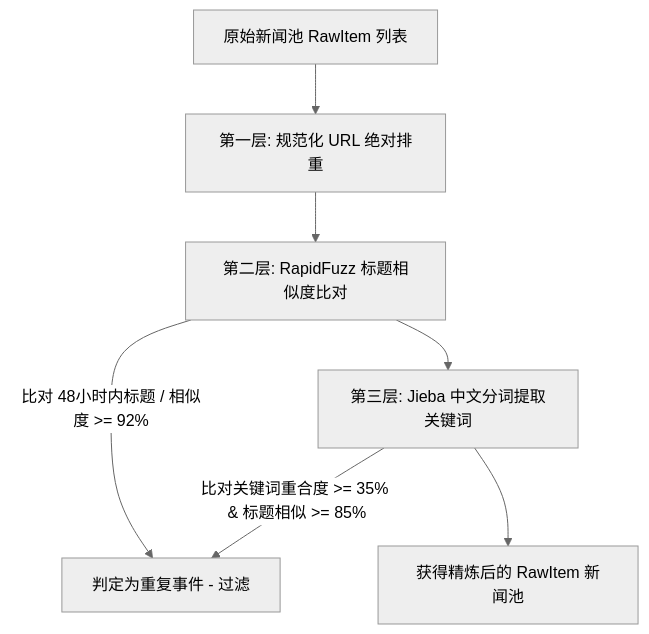
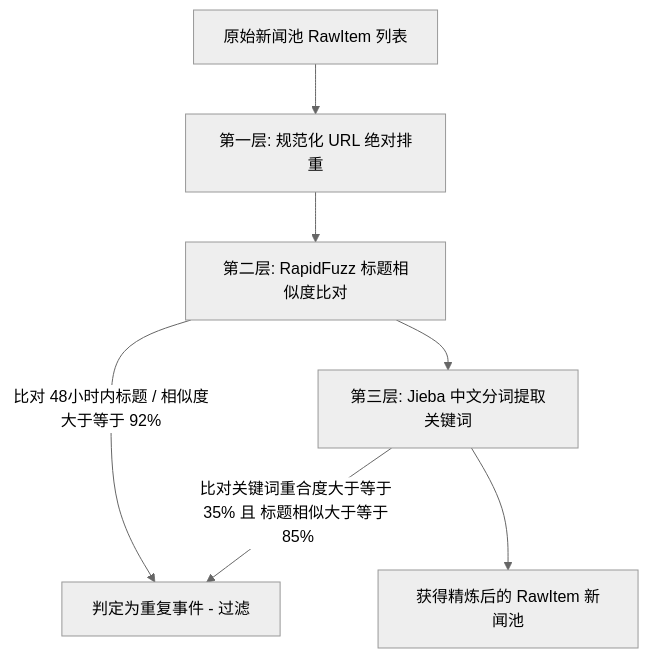
One commit to nicekai-jpg/ai-news-podcast changed the second of 5 diagrams in docs/pipeline_walkthrough.md. Above: the diagram before and after it, drawn with Mermaid (neutral theme). The commit also changed other lines of this file, not shown here.

Commit message:
fix: resolve Mermaid parser errors by escaping special characters in flowcharts

````diff
--- a/docs/pipeline_walkthrough.md
+++ b/docs/pipeline_walkthrough.md
@@ -37,9 +37,9 @@
 ```mermaid
 graph TD
     A[原始新闻池 RawItem 列表] --> B[第一层: 规范化 URL 绝对排重]
     B --> C[第二层: RapidFuzz 标题相似度比对]
-    C -->|比对 48小时内标题 / 相似度 >= 92%| D[判定为重复事件 - 过滤]
+    C -->|比对 48小时内标题 / 相似度大于等于 92%| D[判定为重复事件 - 过滤]
     C --> E[第三层: Jieba 中文分词提取关键词]
-    E -->|比对关键词重合度 >= 35% & 标题相似 >= 85%| D
+    E -->|比对关键词重合度大于等于 35% 且 标题相似大于等于 85%| D
     E --> F[获得精炼后的 RawItem 新闻池]
 ```
````
